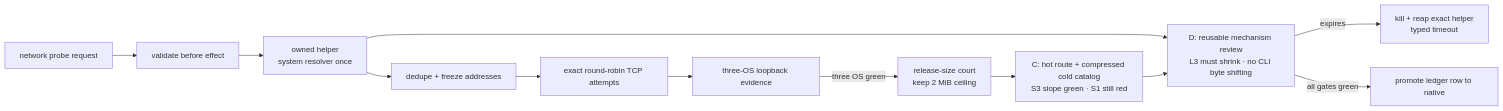
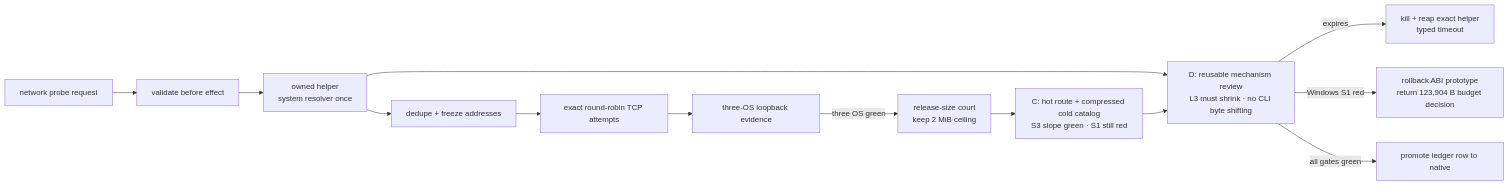
Before and after one commit to partnernetsoftware/agenterm: the second of 2 diagrams in prd/PRD_02_28_agenterm_cu.md, drawn with Mermaid. The commit also changed other lines of this file and 2 other files, not shown here.

Commit message:
research(cu): reject resolver abi size hypothesis

````diff
--- a/prd/PRD_02_28_agenterm_cu.md
+++ b/prd/PRD_02_28_agenterm_cu.md
@@ -386,14 +385,15 @@
 ```mermaid
 flowchart LR
   N["network probe request"] --> A["validate before effect"]
   A --> H["owned helper<br/>system resolver once"]
   H --> F["dedupe + freeze addresses"]
   F --> T["exact round-robin TCP attempts"]
   H --> D{"overall deadline"}
   D -->|expires| K["kill + reap exact helper<br/>typed timeout"]
   T --> E["three-OS loopback evidence"]
   E -->|three OS green| B["release-size court<br/>keep 2 MiB ceiling"]
   B --> C["C: hot route + compressed cold catalog<br/>S3 slope green · S1 still red"]
   C --> D["D: reusable mechanism review<br/>L3 must shrink · no CLI byte shifting"]
+  D -->|Windows S1 red| R["rollback ABI prototype<br/>return 123,904 B budget decision"]
   D -->|all gates green| P["promote ledger row to native"]
 ```
````
